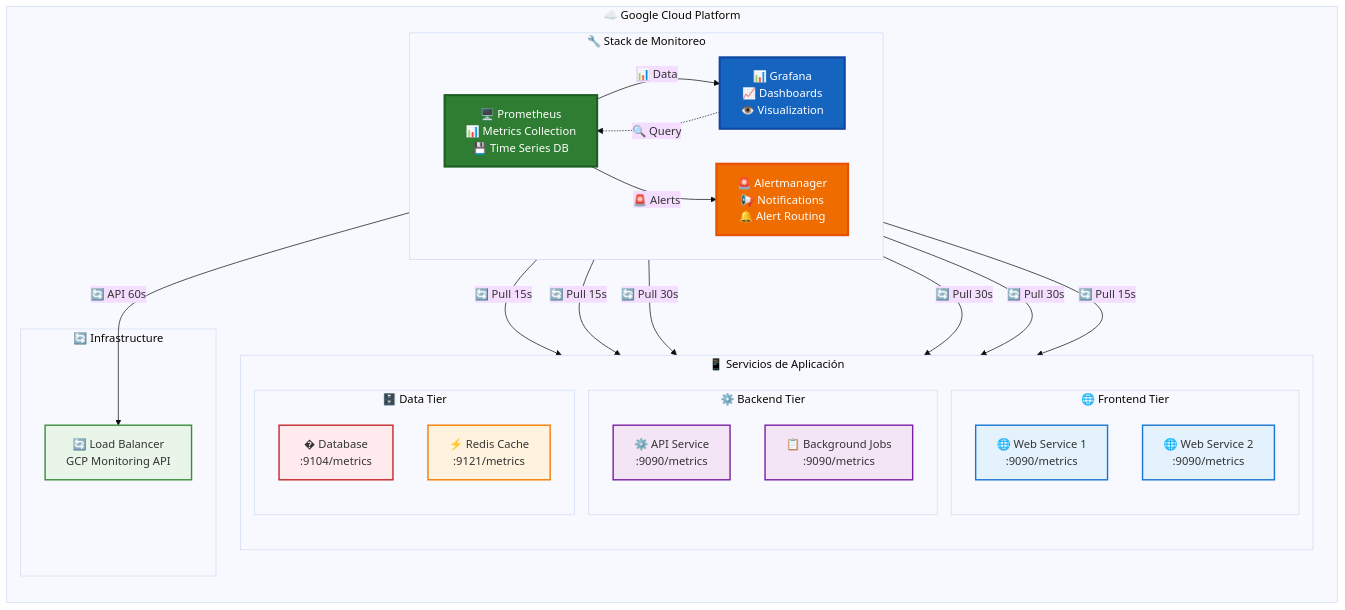
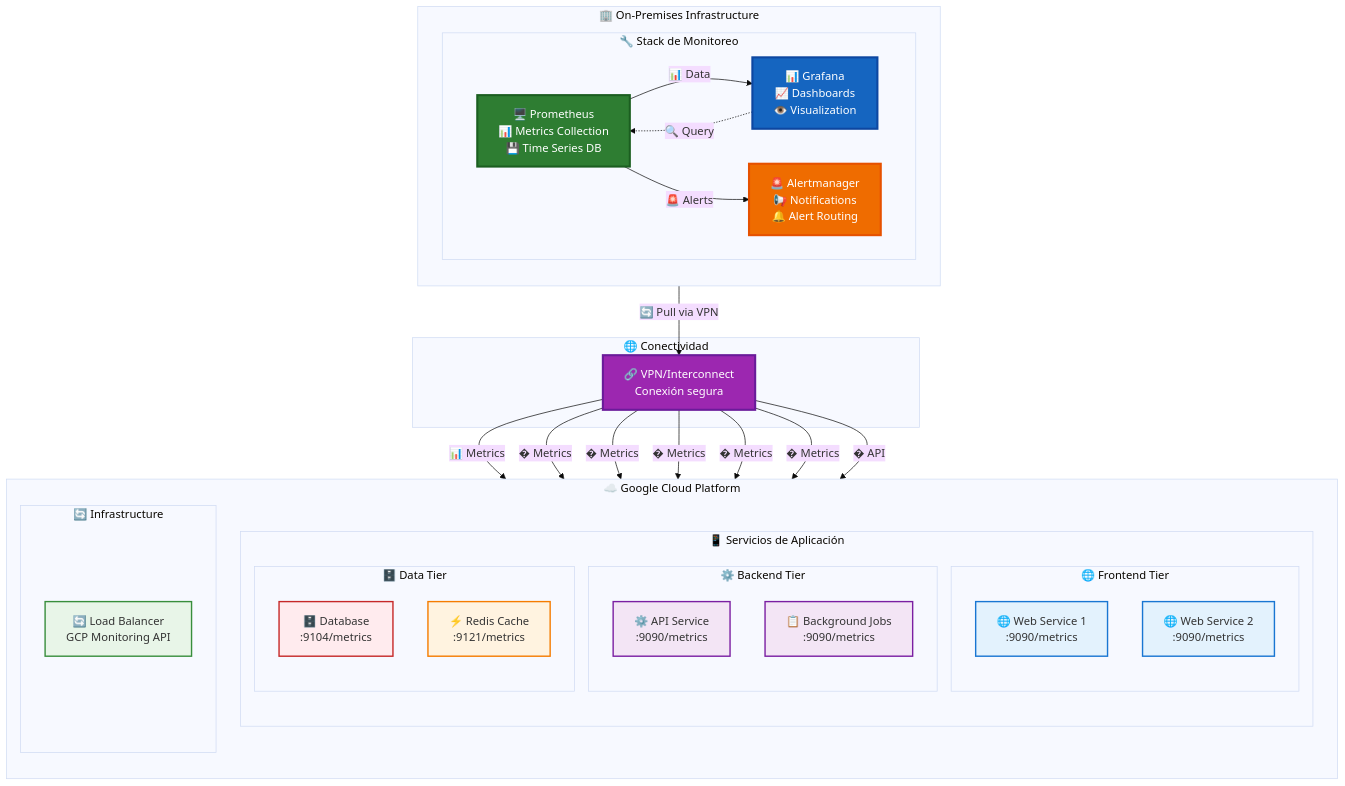
One commit to floxcristian/ecommerce-architecture-proposal-implementos changed the first of 3 diagrams in docs/tech-stack-decisions/monitoring-tools-comparison.md. Above: the diagram before and after it, drawn with Mermaid (base theme). The commit also changed other lines of this file, not shown here.

````diff
--- a/docs/tech-stack-decisions/monitoring-tools-comparison.md
+++ b/docs/tech-stack-decisions/monitoring-tools-comparison.md
@@ -157,62 +191,70 @@
 ```mermaid
 graph TB
-    subgraph "☁️ Google Cloud Platform"
+    subgraph "🏢 On-Premises Infrastructure"
         direction TB
-
         subgraph "🔧 Stack de Monitoreo"
             direction LR
             P["🖥️ Prometheus<br/>📊 Metrics Collection<br/>💾 Time Series DB"]
             G["📊 Grafana<br/>📈 Dashboards<br/>👁️ Visualization"]
             A["🚨 Alertmanager<br/>📢 Notifications<br/>🔔 Alert Routing"]
         end
+    end
 
+    subgraph "☁️ Google Cloud Platform"
+        direction TB
         subgraph "📱 Servicios de Aplicación"
             direction TB
             subgraph "🌐 Frontend Tier"
                 WEB1["🌐 Web Service 1<br/>:9090/metrics"]
                 WEB2["🌐 Web Service 2<br/>:9090/metrics"]
             end
 
             subgraph "⚙️ Backend Tier"
                 API["⚙️ API Service<br/>:9090/metrics"]
                 BG["📋 Background Jobs<br/>:9090/metrics"]
             end
 
             subgraph "🗄️ Data Tier"
-                DB["�️ Database<br/>:9104/metrics"]
+                DB["🗄️ Database<br/>:9104/metrics"]
                 CACHE["⚡ Redis Cache<br/>:9121/metrics"]
             end
         end
 
         subgraph "🔄 Infrastructure"
             LB["🔄 Load Balancer<br/>GCP Monitoring API"]
         end
     end
 
-    %% Conexiones de scraping
-    P -->|"🔄 Pull 15s"| WEB1
-    P -->|"🔄 Pull 15s"| WEB2
-    P -->|"🔄 Pull 30s"| API
-    P -->|"🔄 Pull 30s"| BG
-    P -->|"🔄 Pull 30s"| DB
-    P -->|"🔄 Pull 15s"| CACHE
-    P -->|"🔄 API 60s"| LB
+    subgraph "🌐 Conectividad"
+        VPN["🔗 VPN/Interconnect<br/>Conexión segura"]
+    end
+
+    %% Conexiones a través de VPN
+    P -->|"🔄 Pull via VPN"| VPN
+    VPN -->|"📊 Metrics"| WEB1
+    VPN -->|"� Metrics"| WEB2
+    VPN -->|"� Metrics"| API
+    VPN -->|"� Metrics"| BG
+    VPN -->|"� Metrics"| DB
+    VPN -->|"� Metrics"| CACHE
+    VPN -->|"� API"| LB
 
     %% Conexiones internas del stack de monitoreo
     P -->|"📊 Data"| G
     P -->|"🚨 Alerts"| A
     G -.->|"🔍 Query"| P
 
     %% Estilos para mejor visualización
     style P fill:#2e7d32,stroke:#1b5e20,stroke-width:3px,color:#fff
     style G fill:#1565c0,stroke:#0d47a1,stroke-width:3px,color:#fff
     style A fill:#ef6c00,stroke:#e65100,stroke-width:3px,color:#fff
+    style VPN fill:#9c27b0,stroke:#6a1b9a,stroke-width:3px,color:#fff
 
     style WEB1 fill:#e3f2fd,stroke:#1976d2,stroke-width:2px
     style WEB2 fill:#e3f2fd,stroke:#1976d2,stroke-width:2px
     style API fill:#f3e5f5,stroke:#7b1fa2,stroke-width:2px
     style BG fill:#f3e5f5,stroke:#7b1fa2,stroke-width:2px
     style DB fill:#ffebee,stroke:#c62828,stroke-width:2px
     style CACHE fill:#fff3e0,stroke:#f57c00,stroke-width:2px
     style LB fill:#e8f5e8,stroke:#388e3c,stroke-width:2px
 ```
````
